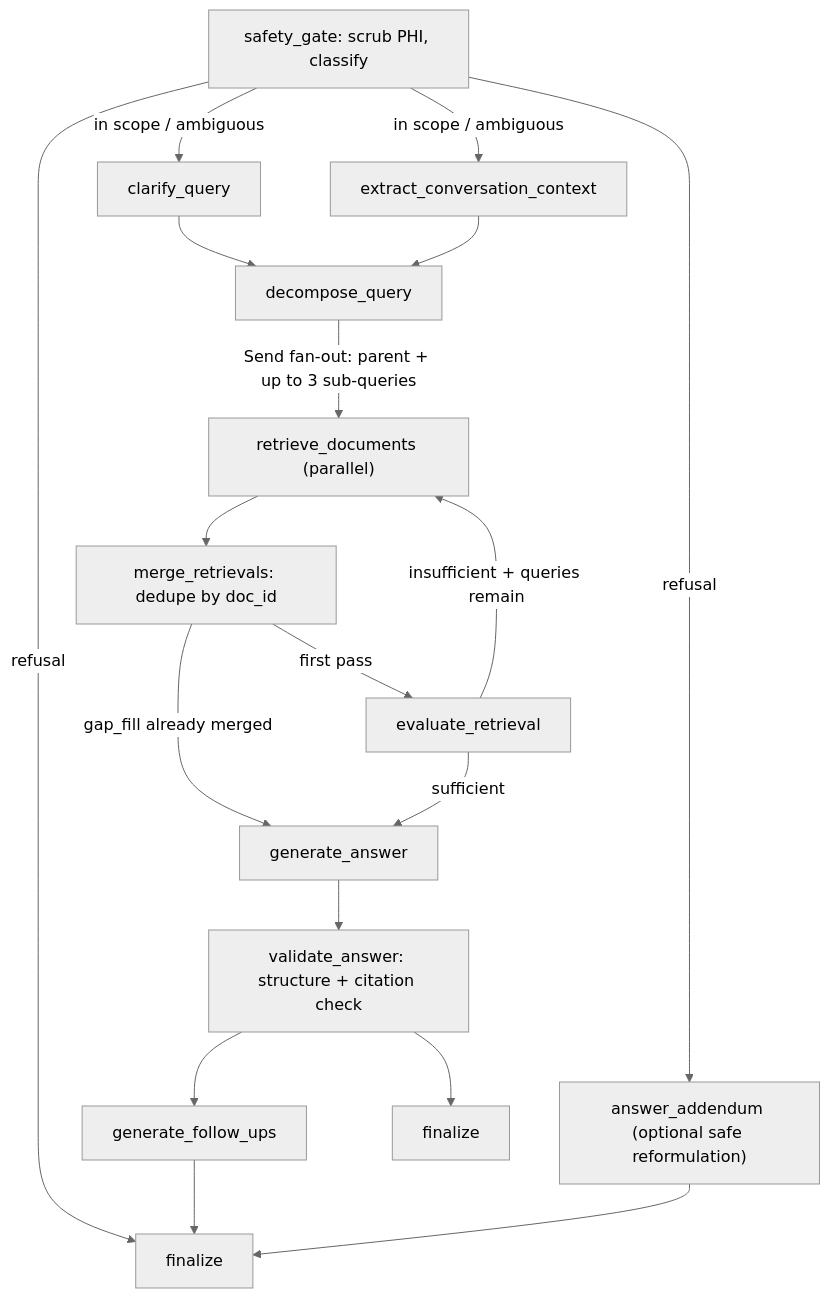
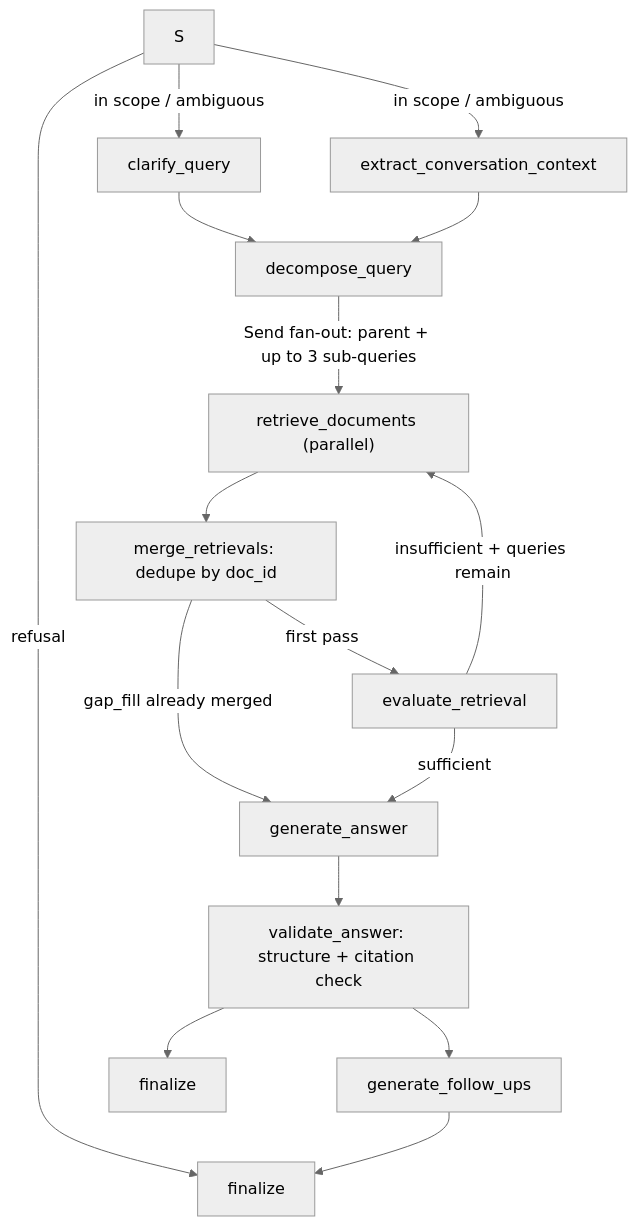
Before and after one commit to siddicky/healthcare-rag-langgraph: the diagram in openwiki/architecture/overview.md, drawn with Mermaid (neutral theme). The commit also changed other lines of this file and 9 other files, not shown here.

Commit message:
docs: terminal-refusal policy and graph topology; openwiki regenerated at branch scope (addendum removed, refusal boundaries + carve-out documented; unrelated privacy/pageindex regen stripped)

````diff
--- a/openwiki/architecture/overview.md
+++ b/openwiki/architecture/overview.md
@@ -24,20 +24,18 @@
 ```mermaid
 flowchart TD
-  S["safety_gate: scrub PHI, classify"] -->|"refusal"| AD["answer_addendum (optional safe reformulation)"]
   S -->|"refusal"| F["finalize"]
   S -->|"in scope / ambiguous"| C["clarify_query"]
   S -->|"in scope / ambiguous"| X["extract_conversation_context"]
   C --> D["decompose_query"]
   X --> D
   D -->|"Send fan-out: parent + up to 3 sub-queries"| R["retrieve_documents (parallel)"]
   R --> M["merge_retrievals: dedupe by doc_id"]
   M -->|"gap_fill already merged"| G["generate_answer"]
   M -->|"first pass"| E["evaluate_retrieval"]
   E -->|"insufficient + queries remain"| R
   E -->|"sufficient"| G
   G --> V["validate_answer: structure + citation check"]
   V --> FU["generate_follow_ups"]
   V --> FU2["finalize"]
   FU --> F
-  AD --> F
 ```
````
